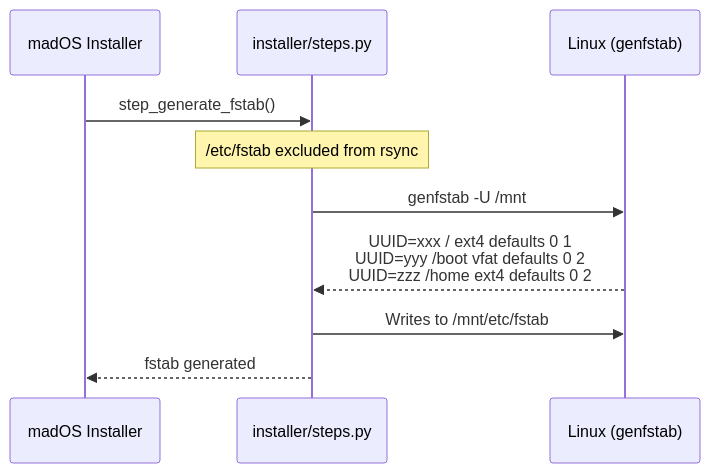
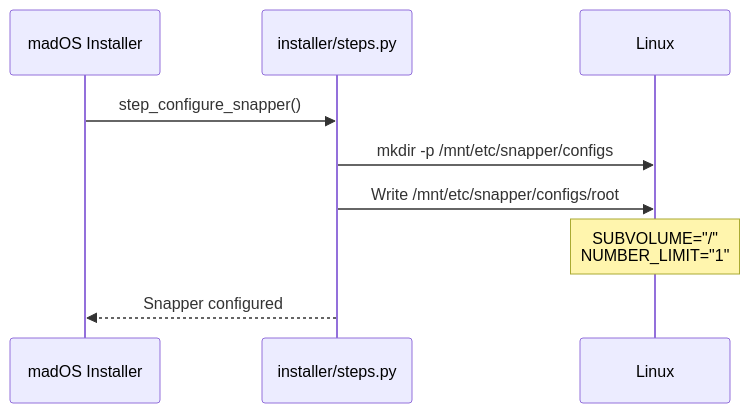
The eighth of 13 diagrams in INSTALLATION_FLOW.md (madoslinux/mados-installer), drawn with Mermaid before and after one commit. The commit also changed other lines of this file and 3 other files, not shown here.

````diff
--- a/INSTALLATION_FLOW.md
+++ b/INSTALLATION_FLOW.md
@@ -158,17 +172,14 @@
 ```mermaid
 sequenceDiagram
     participant App as madOS Installer
     participant Steps as installer/steps.py
-    participant System as Linux (genfstab)
+    participant System as Linux
 
-    App->>Steps: step_generate_fstab()
+    App->>Steps: step_configure_snapper()
 
-    Note over Steps: /etc/fstab excluded from rsync
+    Steps->>System: mkdir -p /mnt/etc/snapper/configs
+    Steps->>System: Write /mnt/etc/snapper/configs/root
+    Note over System: SUBVOLUME="/"<br/>NUMBER_LIMIT="1"
 
-    Steps->>System: genfstab -U /mnt
-    System-->>Steps: UUID=xxx / ext4 defaults 0 1<br/>UUID=yyy /boot vfat defaults 0 2<br/>UUID=zzz /home ext4 defaults 0 2
-    
-    Steps->>System: Writes to /mnt/etc/fstab
-
-    Steps-->>App: fstab generated
+    Steps-->>App: Snapper configured
 ```
````
